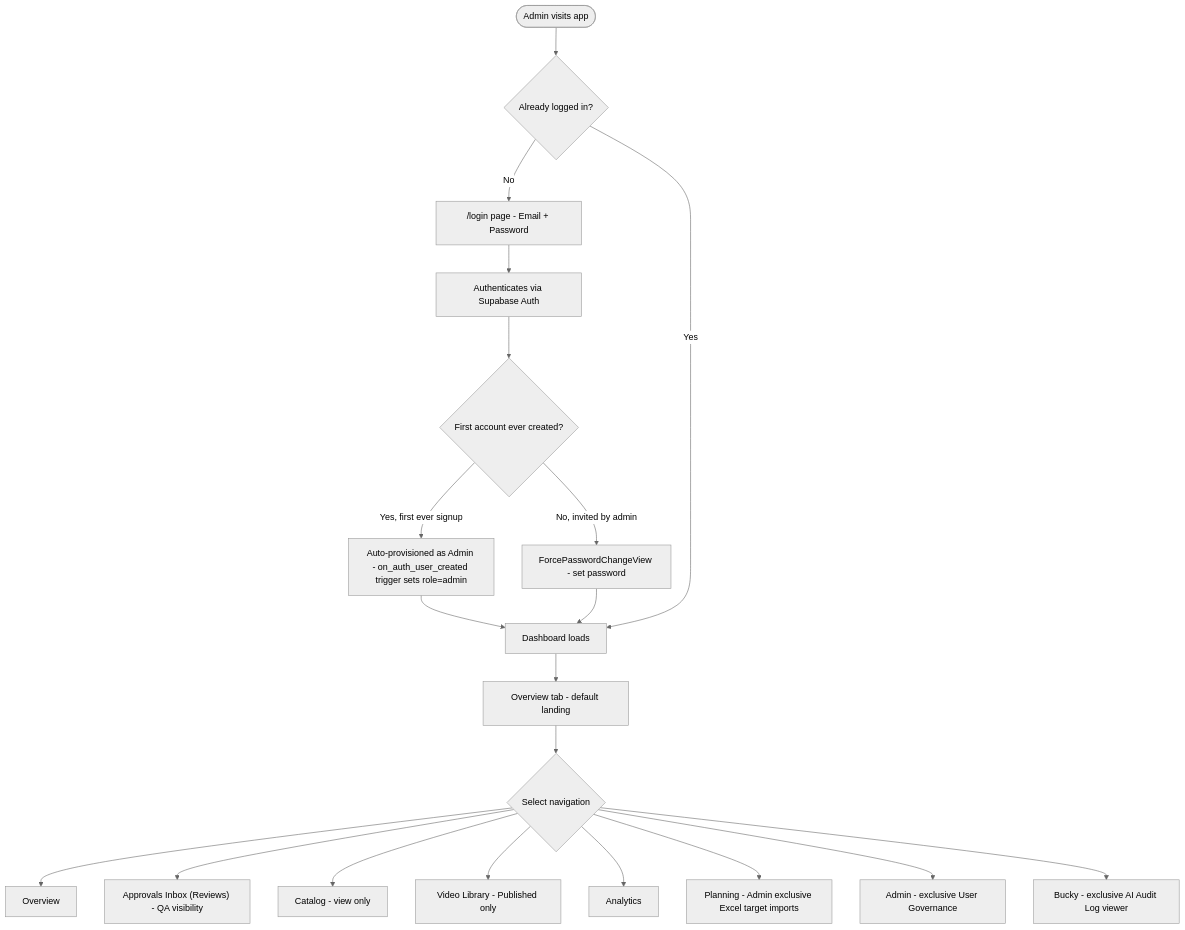
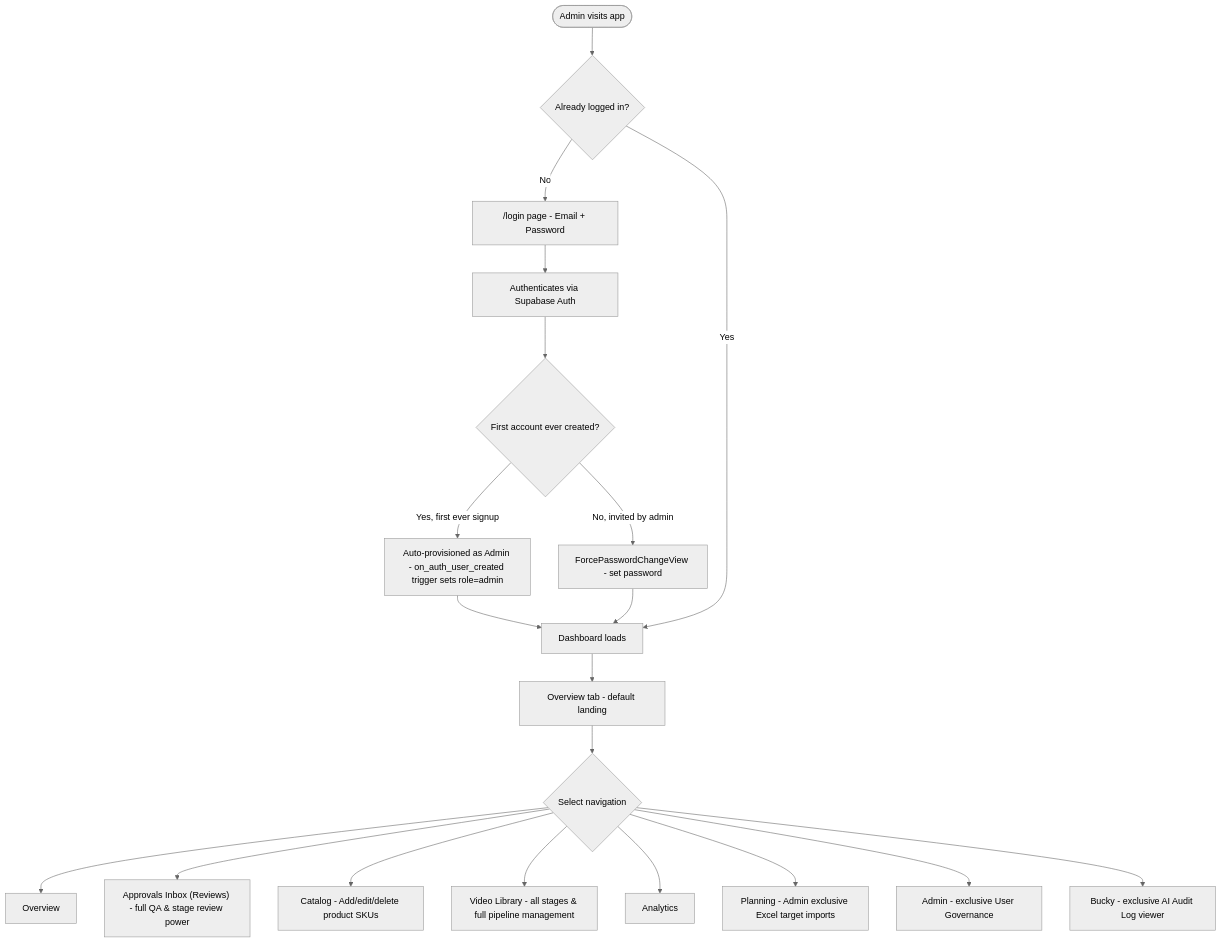
Diagram 14 of 18 in role_workflows.md (Lyduke56/BuckedUp-Dashboard-Lifewood), drawn with Mermaid (neutral theme) before and after one commit. The commit also changed other lines of this file and 4 other files, not shown here.

````diff
--- a/role_workflows.md
+++ b/role_workflows.md
@@ -411,21 +411,21 @@
 ```mermaid
 flowchart TD
     A([Admin visits app]) --> B{Already logged in?}
     B -- No --> C["/login page - Email + Password"]
     C --> D[Authenticates via Supabase Auth]
     D --> E{First account ever created?}
     E -- "Yes, first ever signup" --> F["Auto-provisioned as Admin - on_auth_user_created trigger sets role=admin"]
     E -- "No, invited by admin" --> G["ForcePasswordChangeView - set password"]
     F & G --> H[Dashboard loads]
     B -- Yes --> H
     H --> I["Overview tab - default landing"]
     I --> J{Select navigation}
     J --> TAB1[Overview]
-    J --> TAB2["Approvals Inbox (Reviews) - QA visibility"]
-    J --> TAB3["Catalog - view only"]
-    J --> TAB4["Video Library - Published only"]
+    J --> TAB2["Approvals Inbox (Reviews) - full QA & stage review power"]
+    J --> TAB3["Catalog - Add/edit/delete product SKUs"]
+    J --> TAB4["Video Library - all stages & full pipeline management"]
     J --> TAB5[Analytics]
     J --> TAB6["Planning - Admin exclusive Excel target imports"]
     J --> TAB7["Admin - exclusive User Governance"]
     J --> TAB8["Bucky - exclusive AI Audit Log viewer"]
 ```
````
